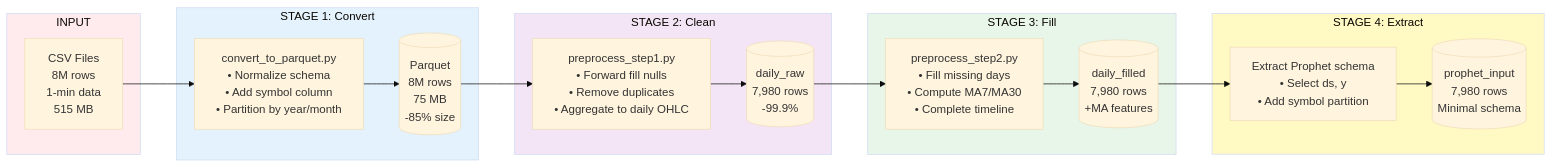
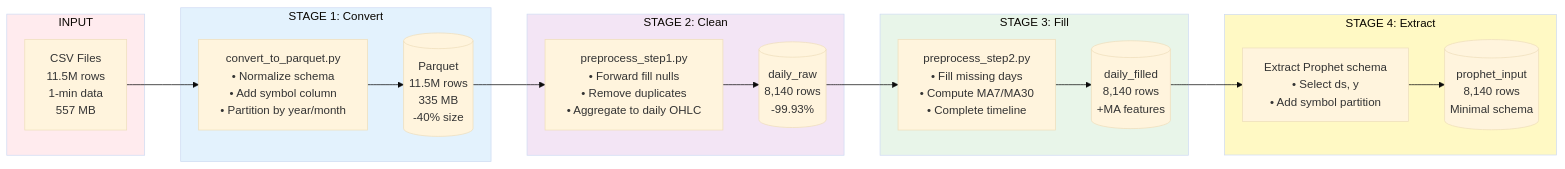
Before and after one commit to doanthetin193/BigDataProject: the second of 4 diagrams in BAO_CAO_BIG_DATA_PROJECT.md, drawn with Mermaid (base theme). The commit also changed other lines of this file, not shown here.

````diff
--- a/BAO_CAO_BIG_DATA_PROJECT.md
+++ b/BAO_CAO_BIG_DATA_PROJECT.md
@@ -488,34 +491,34 @@
 ```mermaid
 flowchart LR
     subgraph Input["INPUT"]
-        CSV["CSV Files<br/>8M rows<br/>1-min data<br/>515 MB"]
+        CSV["CSV Files<br/>11.5M rows<br/>1-min data<br/>557 MB"]
     end
     
     subgraph Stage1["STAGE 1: Convert"]
         S1["convert_to_parquet.py<br/>• Normalize schema<br/>• Add symbol column<br/>• Partition by year/month"]
-        P1[("Parquet<br/>8M rows<br/>75 MB<br/>-85% size")]
+        P1[("Parquet<br/>11.5M rows<br/>335 MB<br/>-40% size")]
     end
     
     subgraph Stage2["STAGE 2: Clean"]
         S2["preprocess_step1.py<br/>• Forward fill nulls<br/>• Remove duplicates<br/>• Aggregate to daily OHLC"]
-        P2[("daily_raw<br/>7,980 rows<br/>-99.9%")]
+        P2[("daily_raw<br/>8,140 rows<br/>-99.93%")]
     end
     
     subgraph Stage3["STAGE 3: Fill"]
         S3["preprocess_step2.py<br/>• Fill missing days<br/>• Compute MA7/MA30<br/>• Complete timeline"]
-        P3[("daily_filled<br/>7,980 rows<br/>+MA features")]
+        P3[("daily_filled<br/>8,140 rows<br/>+MA features")]
     end
     
     subgraph Stage4["STAGE 4: Extract"]
         S4["Extract Prophet schema<br/>• Select ds, y<br/>• Add symbol partition"]
-        P4[("prophet_input<br/>7,980 rows<br/>Minimal schema")]
+        P4[("prophet_input<br/>8,140 rows<br/>Minimal schema")]
     end
     
     CSV --> S1 --> P1 --> S2 --> P2 --> S3 --> P3 --> S4 --> P4
     
     style Input fill:#ffebee
     style Stage1 fill:#e3f2fd
     style Stage2 fill:#f3e5f5
     style Stage3 fill:#e8f5e9
     style Stage4 fill:#fff9c4
 ```
````
